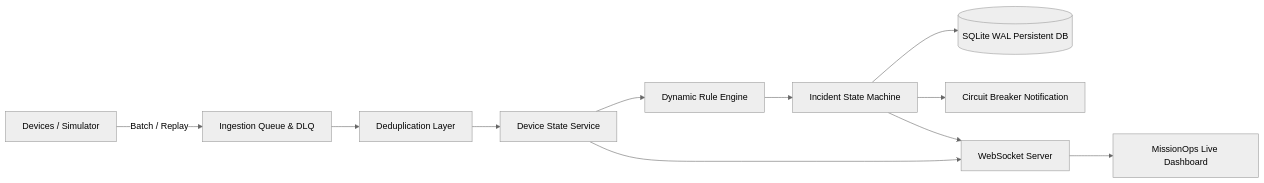
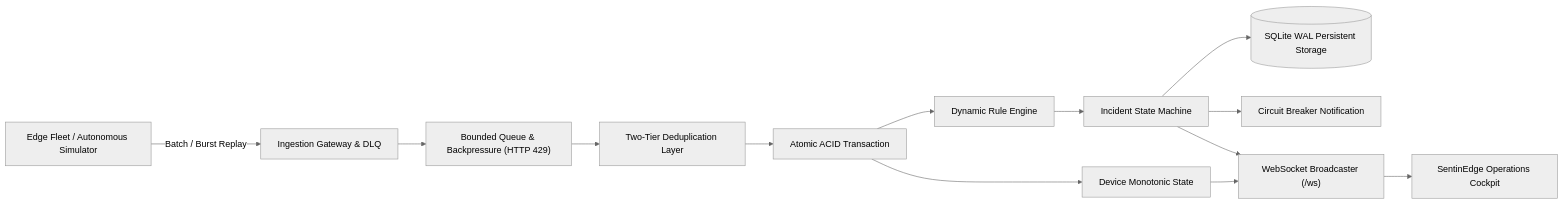
One commit to atulrana0209/SentinEdge changed the diagram in README.md. Above: the diagram before and after it, drawn with Mermaid (neutral theme). The commit also changed other lines of this file and 35 other files, not shown here.

Commit message:
feat: complete SentinEdge architecture, transactions, and UI overhaul

````diff
--- a/README.md
+++ b/README.md
@@ -30,12 +36,14 @@
 ```mermaid
 graph LR
-    Dev[Devices / Simulator] -->|Batch / Replay| Ingest[Ingestion Queue & DLQ]
-    Ingest --> Dedup[Deduplication Layer]
-    Dedup --> State[Device State Service]
-    State --> Rules[Dynamic Rule Engine]
-    Rules --> Incidents[Incident State Machine]
-    Incidents --> DB[(SQLite WAL Persistent DB)]
-    Incidents --> CB[Circuit Breaker Notification]
-    State & Incidents --> WS[WebSocket Server]
-    WS --> UI[MissionOps Live Dashboard]
+    Dev["Edge Fleet / Autonomous Simulator"] -->|Batch / Burst Replay| Ingest["Ingestion Gateway & DLQ"]
+    Ingest --> Backpressure["Bounded Queue & Backpressure (HTTP 429)"]
+    Backpressure --> Dedup["Two-Tier Deduplication Layer"]
+    Dedup --> TX["Atomic ACID Transaction"]
+    TX --> State["Device Monotonic State"]
+    TX --> Rules["Dynamic Rule Engine"]
+    Rules --> Incidents["Incident State Machine"]
+    Incidents --> DB[("SQLite WAL Persistent Storage")]
+    Incidents --> CB["Circuit Breaker Notification"]
+    State & Incidents --> WS["WebSocket Broadcaster (/ws)"]
+    WS --> UI["SentinEdge Operations Cockpit"]
 ```
````
